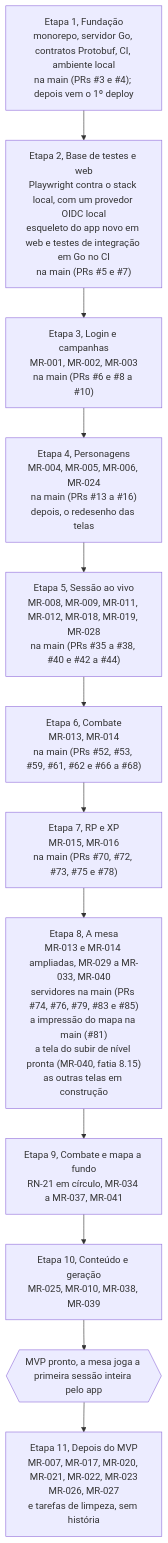
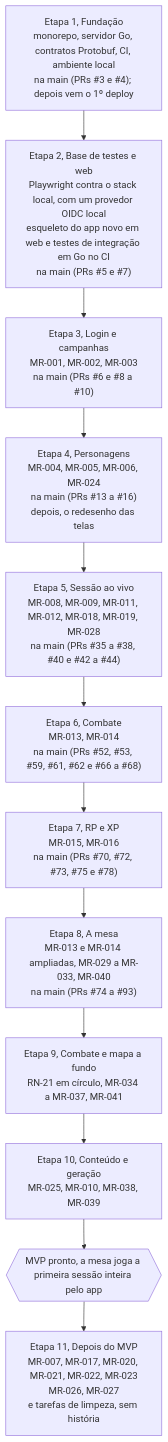
The diagram in docs/roadmap.md (PuraFome/meuRPG), drawn with Mermaid before and after one commit. The commit also changed other lines of this file and 4 other files, not shown here.

First line of the commit message:
docs: Etapa 8 is on main

````diff
--- a/docs/roadmap.md
+++ b/docs/roadmap.md
@@ -5,17 +5,17 @@
 ```mermaid
 flowchart TD
     E1["Etapa 1, Fundação<br/>monorepo, servidor Go, contratos Protobuf, CI, ambiente local<br/>na main (PRs #3 e #4); depois vem o 1º deploy"]
     E2["Etapa 2, Base de testes e web<br/>Playwright contra o stack local, com um provedor OIDC local<br/>esqueleto do app novo em web e testes de integração em Go no CI<br/>na main (PRs #5 e #7)"]
     E3["Etapa 3, Login e campanhas<br/>MR-001, MR-002, MR-003<br/>na main (PRs #6 e #8 a #10)"]
     E4["Etapa 4, Personagens<br/>MR-004, MR-005, MR-006, MR-024<br/>na main (PRs #13 a #16)<br/>depois, o redesenho das telas"]
     E5["Etapa 5, Sessão ao vivo<br/>MR-008, MR-009, MR-011, MR-012, MR-018, MR-019, MR-028<br/>na main (PRs #35 a #38, #40 e #42 a #44)"]
     E6["Etapa 6, Combate<br/>MR-013, MR-014<br/>na main (PRs #52, #53, #59, #61, #62 e #66 a #68)"]
     E7["Etapa 7, RP e XP<br/>MR-015, MR-016<br/>na main (PRs #70, #72, #73, #75 e #78)"]
-    E8["Etapa 8, A mesa<br/>MR-013 e MR-014 ampliadas, MR-029 a MR-033, MR-040<br/>servidores na main (PRs #74, #76, #79, #83 e #85)<br/>a impressão do mapa na main (#81)<br/>a tela do subir de nível pronta (MR-040, fatia 8.15)<br/>as outras telas em construção"]
+    E8["Etapa 8, A mesa<br/>MR-013 e MR-014 ampliadas, MR-029 a MR-033, MR-040<br/>na main (PRs #74 a #93)"]
     E9["Etapa 9, Combate e mapa a fundo<br/>RN-21 em círculo, MR-034 a MR-037, MR-041"]
     E10["Etapa 10, Conteúdo e geração<br/>MR-025, MR-010, MR-038, MR-039"]
     MVP{{"MVP pronto, a mesa joga a primeira sessão inteira pelo app"}}
     E11["Etapa 11, Depois do MVP<br/>MR-007, MR-017, MR-020, MR-021, MR-022, MR-023<br/>MR-026, MR-027<br/>e tarefas de limpeza, sem história"]
 
     E1 --> E2 --> E3 --> E4 --> E5 --> E6 --> E7 --> E8 --> E9 --> E10 --> MVP --> E11
 ```
````
